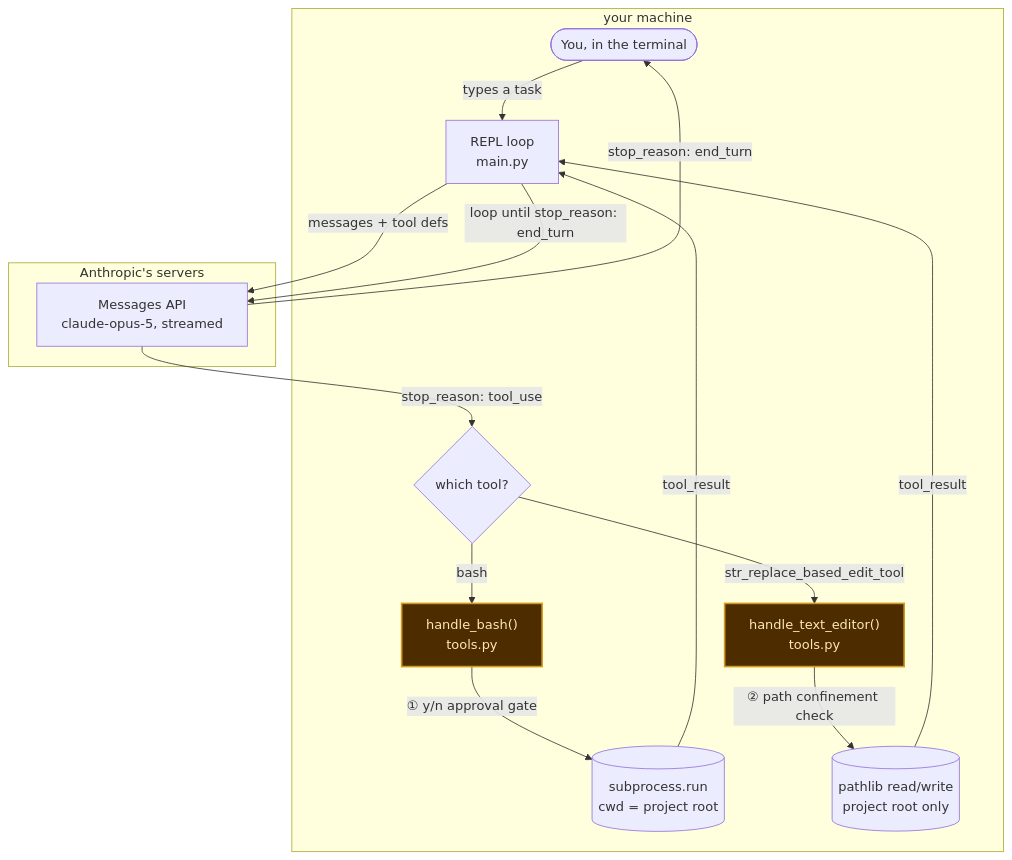
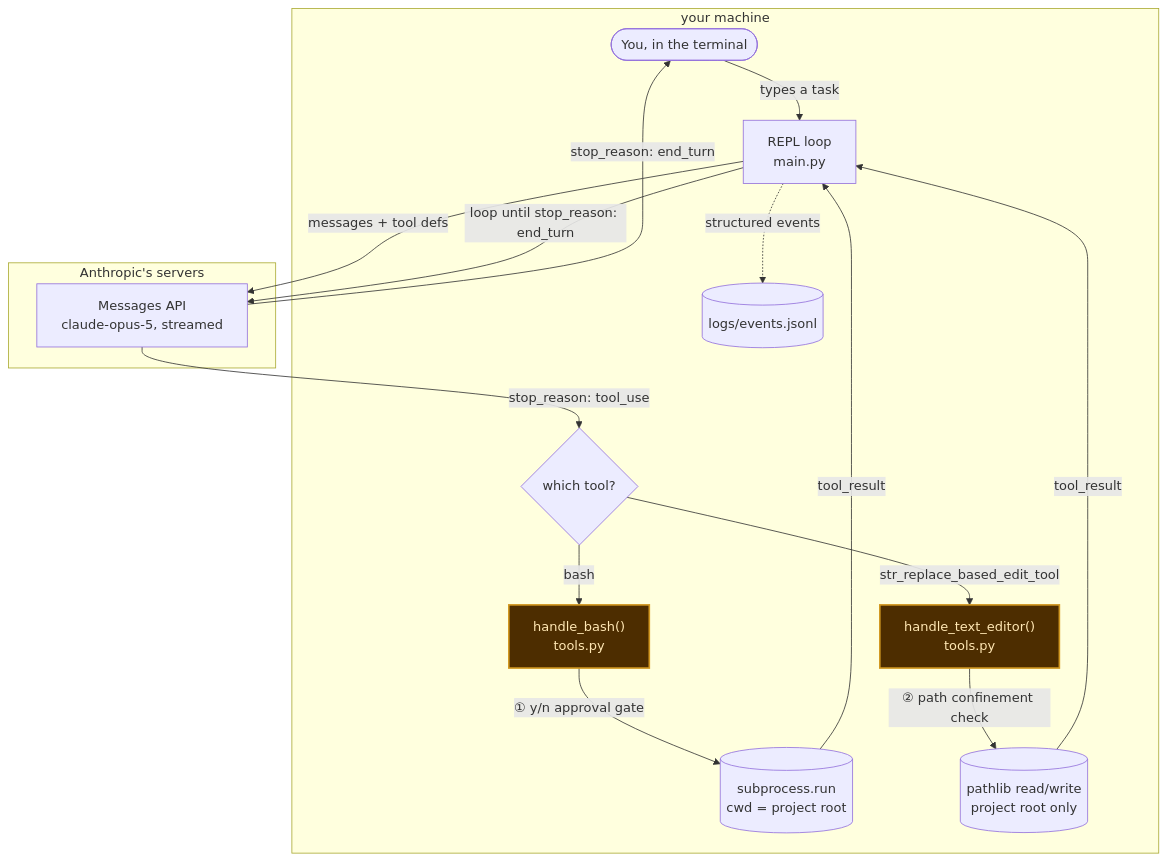
Before and after one commit to technomad641/coding-agent-cli: the first of 2 diagrams in README.md, drawn with Mermaid. The commit also changed other lines of this file and 5 other files, not shown here.

````diff
--- a/README.md
+++ b/README.md
@@ -51,31 +51,33 @@
 ```mermaid
 flowchart TD
     subgraph Local["your machine"]
         U(["You, in the terminal"])
         REPL["REPL loop\nmain.py"]
         Dispatch{"which tool?"}
         Bash["handle_bash()\ntools.py"]
         Editor["handle_text_editor()\ntools.py"]
         Shell[("subprocess.run\ncwd = project root")]
         FS[("pathlib read/write\nproject root only")]
+        Logs[("logs/events.jsonl")]
     end
 
     subgraph Remote["Anthropic's servers"]
         API["Messages API\nclaude-opus-5, streamed"]
     end
 
     U -->|"types a task"| REPL
     REPL -->|"messages + tool defs"| API
     API -->|"stop_reason: tool_use"| Dispatch
     Dispatch -->|"bash"| Bash
     Dispatch -->|"str_replace_based_edit_tool"| Editor
     Bash -->|"① y/n approval gate"| Shell
     Editor -->|"② path confinement check"| FS
     Shell -->|"tool_result"| REPL
     FS -->|"tool_result"| REPL
     REPL -->|"loop until stop_reason: end_turn"| API
     API -->|"stop_reason: end_turn"| U
+    REPL -.->|"structured events"| Logs
 
     classDef guarded fill:#4d2d00,stroke:#d29922,color:#ffe7b3,stroke-width:2px
     class Bash,Editor guarded
 ```
````
